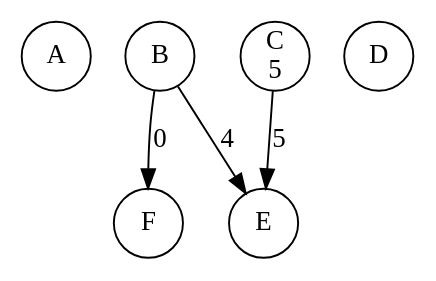
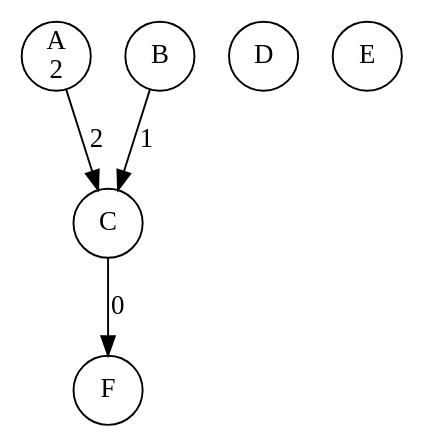
Before and after one commit to li23179/GO: the diagram in concurrency-lab-2/bank/out/0000000003.gv, drawn with Graphviz. The commit also changed 148 other files, not shown here.

```diff
--- a/concurrency-lab-2/bank/out/0000000003.gv
+++ b/concurrency-lab-2/bank/out/0000000003.gv
@@ -1,11 +1,11 @@
 digraph bank {
-	 0 [label= "A\n" , pos= "1,0!" , shape=circle, fixedsize=true, width=0.5 ]
+	 0 [label= "A\n2" , pos= "1,0!" , shape=circle, fixedsize=true, width=0.5 ]
 	 1 [label= "B\n" , pos= "0,1!" , shape=circle, fixedsize=true, width=0.5 ]
-	 2 [label= "C\n5" , pos= "1,2!" , shape=circle, fixedsize=true, width=0.5 ]
+	 2 [label= "C\n" , pos= "1,2!" , shape=circle, fixedsize=true, width=0.5 ]
 	 3 [label= "D\n" , pos= "2,2!" , shape=circle, fixedsize=true, width=0.5 ]
 	 4 [label= "E\n" , pos= "3,1!" , shape=circle, fixedsize=true, width=0.5 ]
 	 5 [label= "F\n" , pos= "2,0!" , shape=circle, fixedsize=true, width=0.5 ]
-	 "2" -> "4" [label= "5" ]
-	 "1" -> "5" [label= "0" ]
-	 "1" -> "4" [label= "4" ]
+	 "0" -> "2" [label= "2" ]
+	 "1" -> "2" [label= "1" ]
+	 "2" -> "5" [label= "0" ]
 }
```
